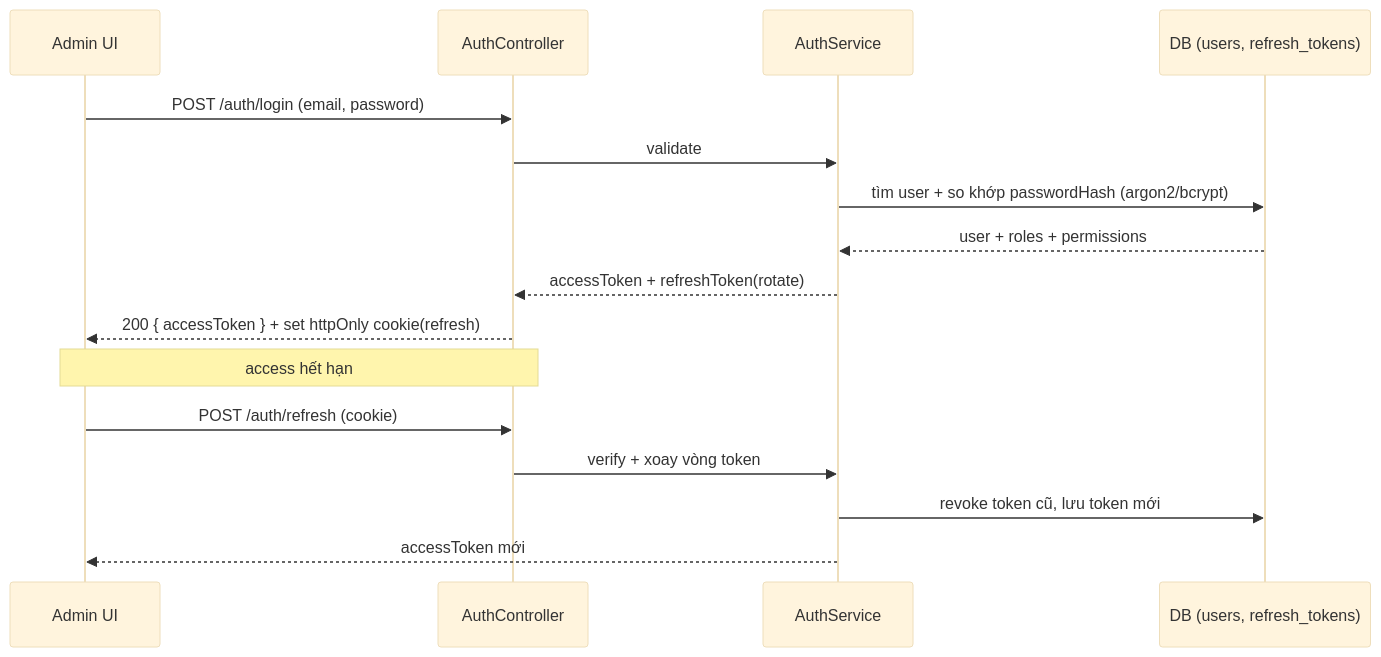
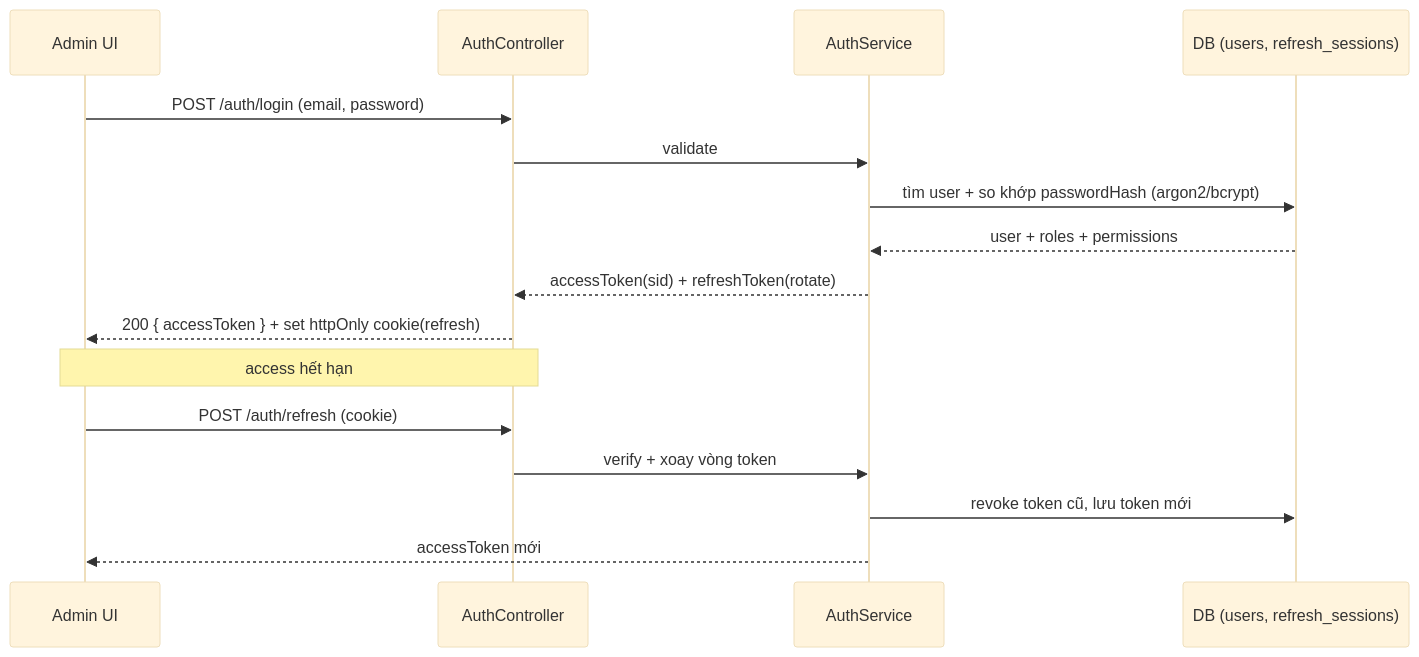
Before and after one commit to ailabs26/ailabs-museum: the first of 2 diagrams in docs/architecture/05-security-rbac.md, drawn with Mermaid (base theme). The commit also changed other lines of this file and 3 other files, not shown here.

First line of the commit message:
docs(architecture): phiên đăng nhập, đổi mật khẩu, xóa mềm và xóa hàng loạt

````diff
--- a/docs/architecture/05-security-rbac.md
+++ b/docs/architecture/05-security-rbac.md
@@ -11,19 +15,19 @@
 ```mermaid
 sequenceDiagram
     participant U as Admin UI
     participant A as AuthController
     participant S as AuthService
-    participant DB as DB (users, refresh_tokens)
+    participant DB as DB (users, refresh_sessions)
 
     U->>A: POST /auth/login (email, password)
     A->>S: validate
     S->>DB: tìm user + so khớp passwordHash (argon2/bcrypt)
     DB-->>S: user + roles + permissions
-    S-->>A: accessToken + refreshToken(rotate)
+    S-->>A: accessToken(sid) + refreshToken(rotate)
     A-->>U: 200 { accessToken } + set httpOnly cookie(refresh)
     Note over U,A: access hết hạn
     U->>A: POST /auth/refresh (cookie)
     A->>S: verify + xoay vòng token
     S->>DB: revoke token cũ, lưu token mới
     S-->>U: accessToken mới
 ```
````
